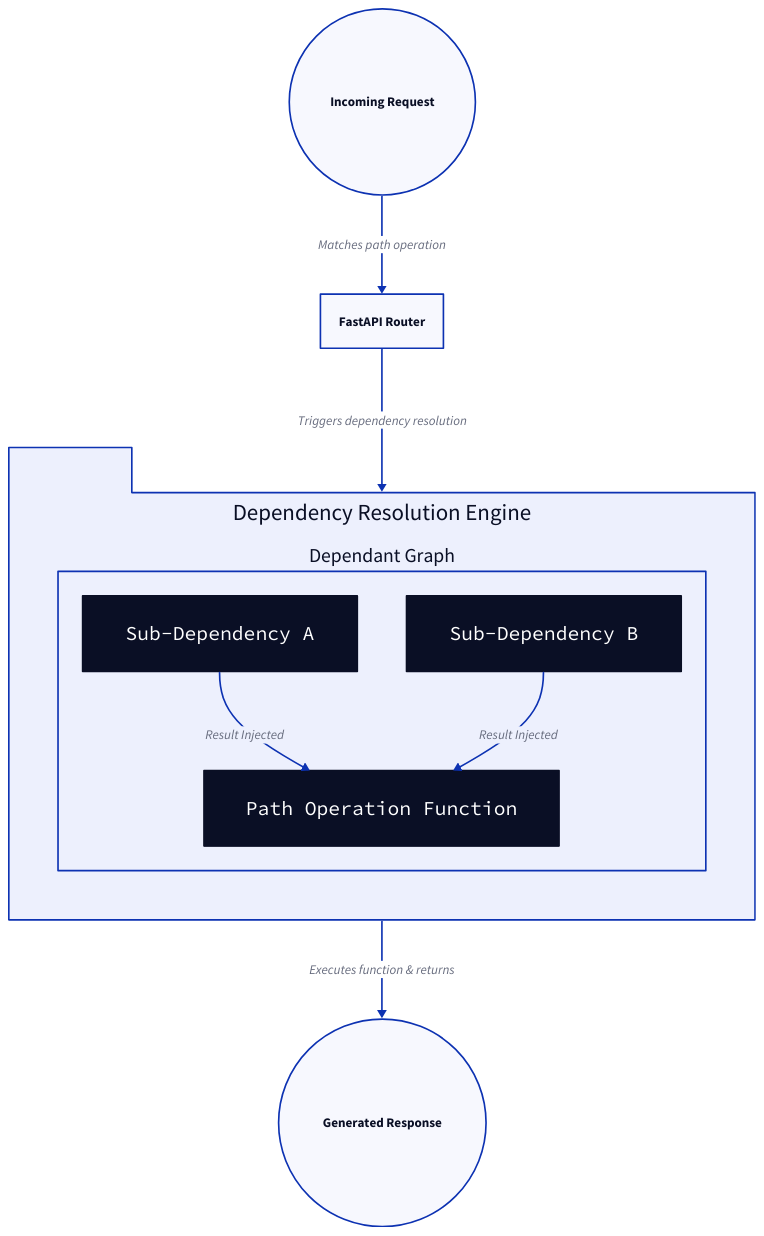
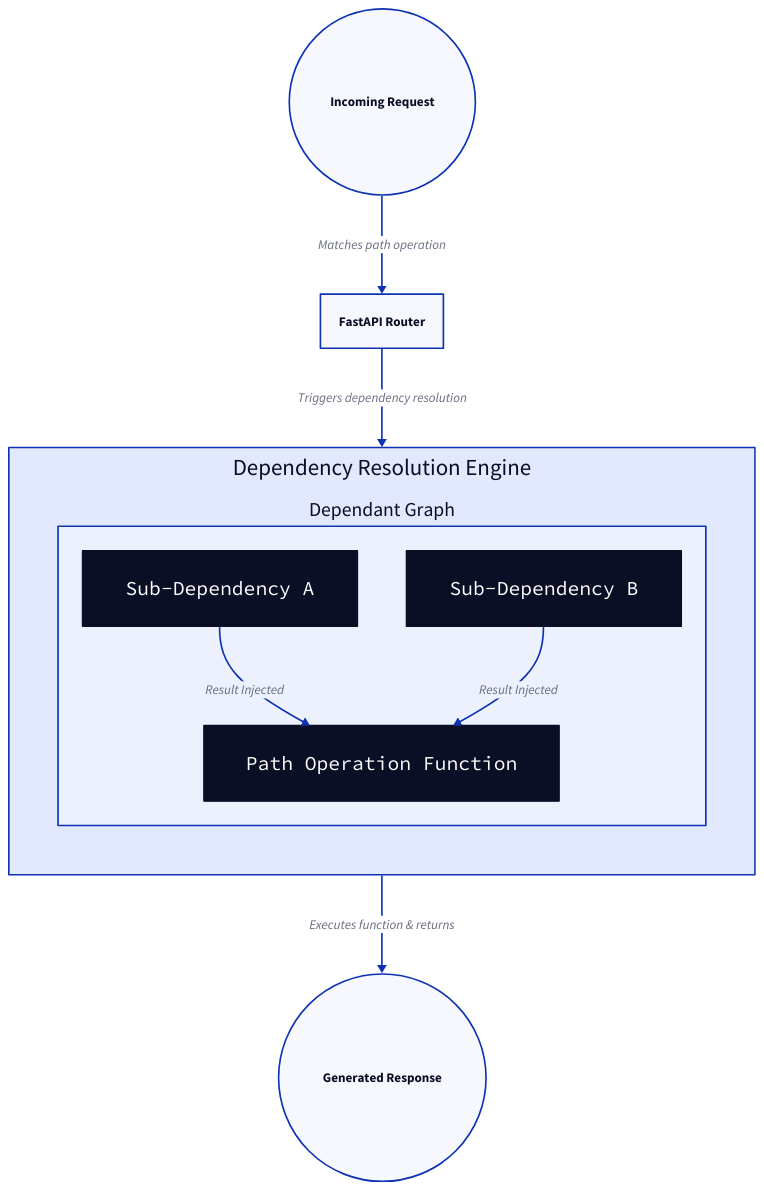
Before and after one commit to lban2049/fastapi: the diagram in .aigne/doc-smith/docs/api-reference-dependencies.md, drawn with D2. The commit also changed other lines of this file and 42 other files, not shown here.

````diff
--- a/.aigne/doc-smith/docs/api-reference-dependencies.md
+++ b/.aigne/doc-smith/docs/api-reference-dependencies.md
@@ -11,50 +11,49 @@
 ```d2
 direction: down
 
-Incoming-Request: { 
+Incoming-Request: {
   label: "Incoming Request"
-  shape: circle 
+  shape: circle
 }
 
 FastAPI-Router: {
   label: "FastAPI Router"
   shape: rectangle
 }
 
 Dependency-Resolution-Engine: {
   label: "Dependency Resolution Engine"
-  shape: package
+  shape: rectangle
   grid-columns: 1
 
   Dependant-Graph: {
     label: "Dependant Graph"
     shape: rectangle
 
     Sub-Dependency-A: {
       label: "Sub-Dependency A"
       shape: class
     }
     Sub-Dependency-B: {
       label: "Sub-Dependency B"
       shape: class
     }
     Path-Operation-Function: {
       label: "Path Operation Function"
       shape: class
     }
 
     Sub-Dependency-A -> Path-Operation-Function: "Result Injected"
     Sub-Dependency-B -> Path-Operation-Function: "Result Injected"
   }
 }
 
 Generated-Response: {
   label: "Generated Response"
   shape: circle
 }
 
 Incoming-Request -> FastAPI-Router: "Matches path operation"
 FastAPI-Router -> Dependency-Resolution-Engine: "Triggers dependency resolution"
 Dependency-Resolution-Engine -> Generated-Response: "Executes function & returns"
-
 ```
````
